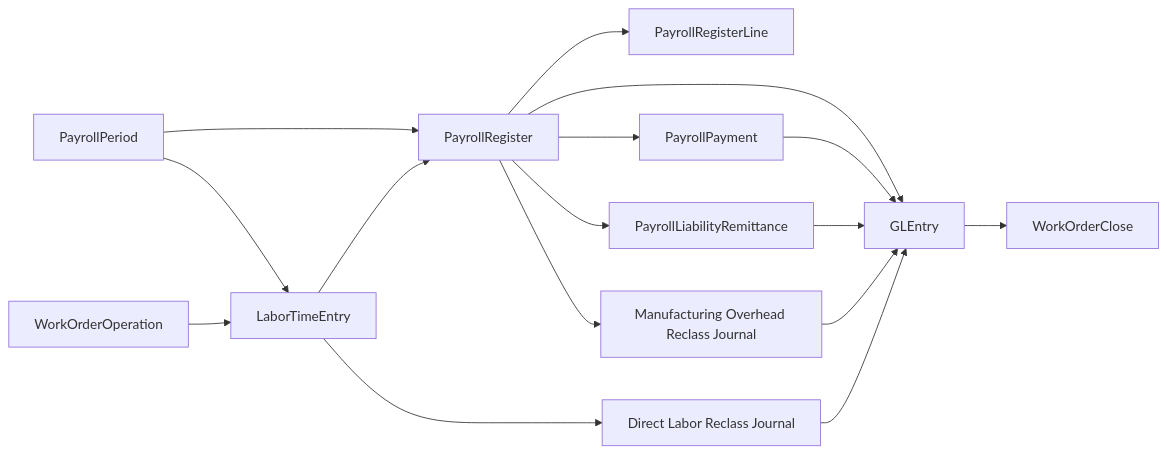
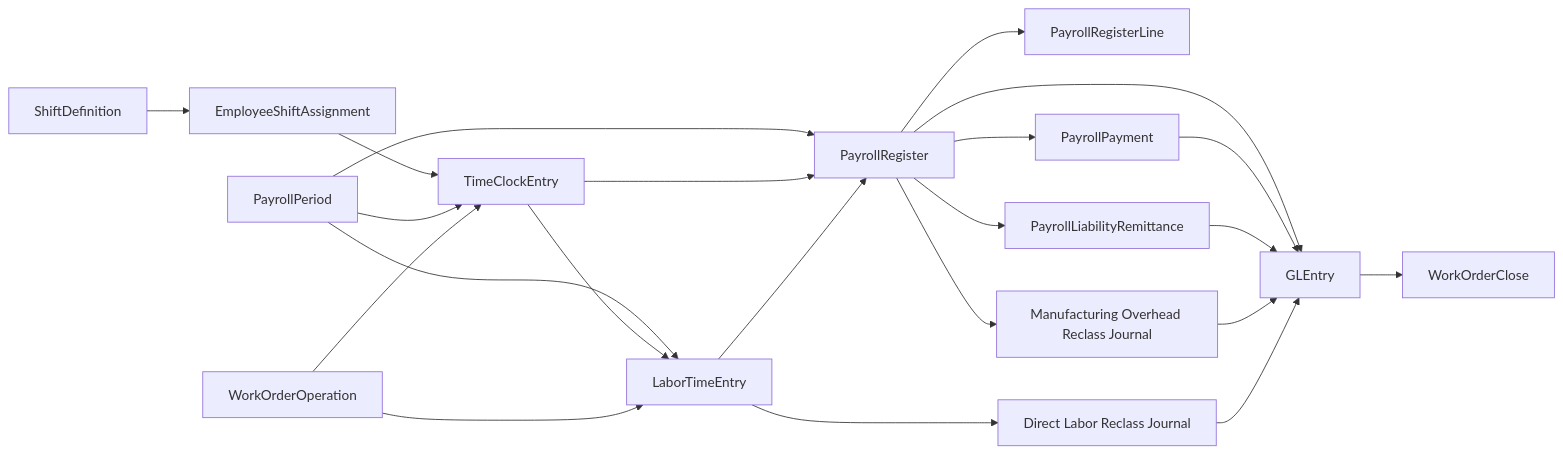
Before and after one commit to mmcodesso/greenfield_database: the diagram in docs/processes/payroll.md, drawn with Mermaid. The commit also changed other lines of this file and 37 other files, not shown here.

````diff
--- a/docs/processes/payroll.md
+++ b/docs/processes/payroll.md
@@ -33,30 +33,39 @@
 ```mermaid
 flowchart LR
     PP[PayrollPeriod]
+    SD[ShiftDefinition]
+    ESA[EmployeeShiftAssignment]
+    TCE[TimeClockEntry]
     LTE[LaborTimeEntry]
     WOO[WorkOrderOperation]
     PR[PayrollRegister]
     PL[PayrollRegisterLine]
     PAY[PayrollPayment]
     REM[PayrollLiabilityRemittance]
     DR[Direct Labor Reclass Journal]
     OH[Manufacturing Overhead Reclass Journal]
     GL[GLEntry]
     WO[WorkOrderClose]
 
+    SD --> ESA
+    ESA --> TCE
     PP --> LTE
+    PP --> TCE
+    TCE --> LTE
     WOO --> LTE
+    WOO --> TCE
     PP --> PR
+    TCE --> PR
     LTE --> PR
     PR --> PL
     PR --> PAY
     PR --> REM
     LTE --> DR
     PR --> OH
     PR --> GL
     PAY --> GL
     REM --> GL
     OH --> GL
     DR --> GL
     GL --> WO
 ```
````
